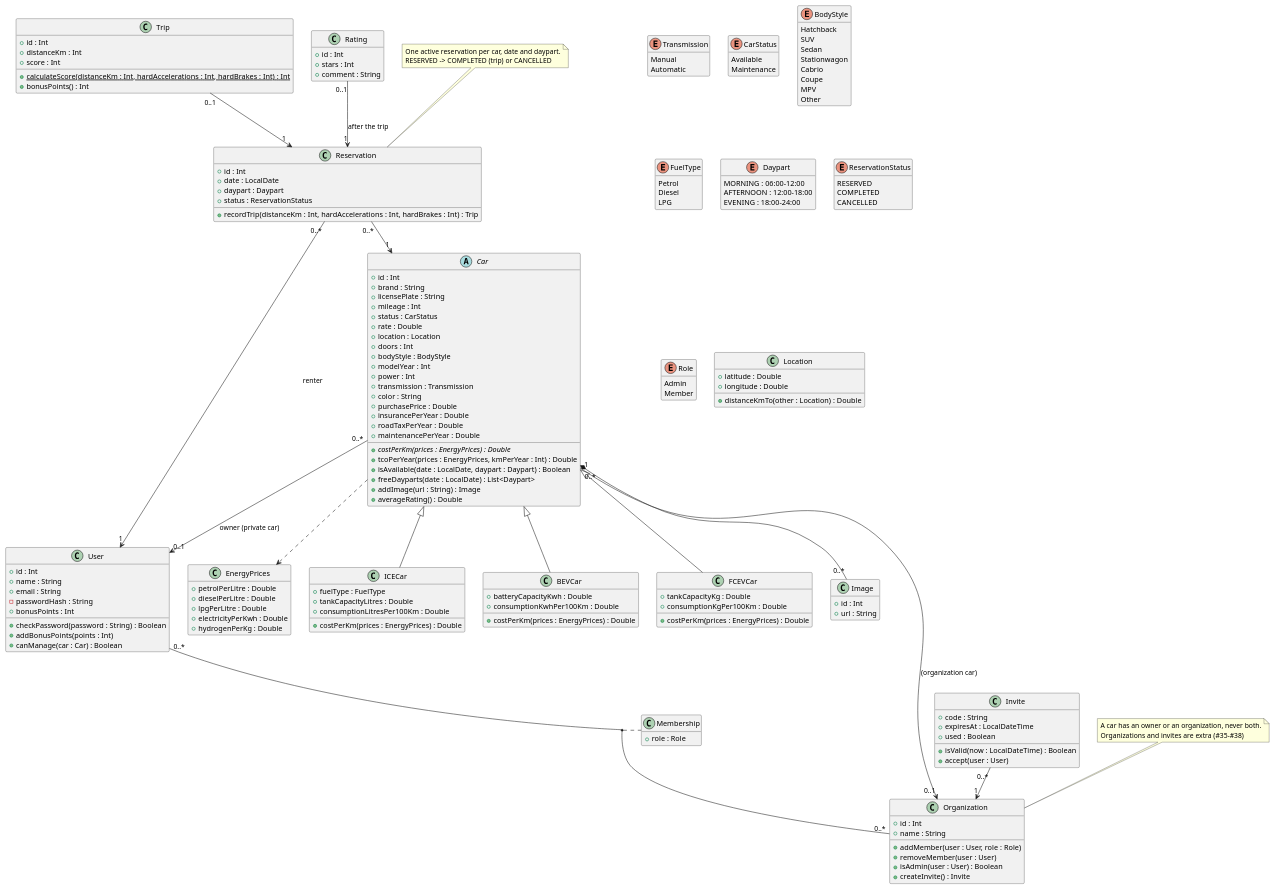
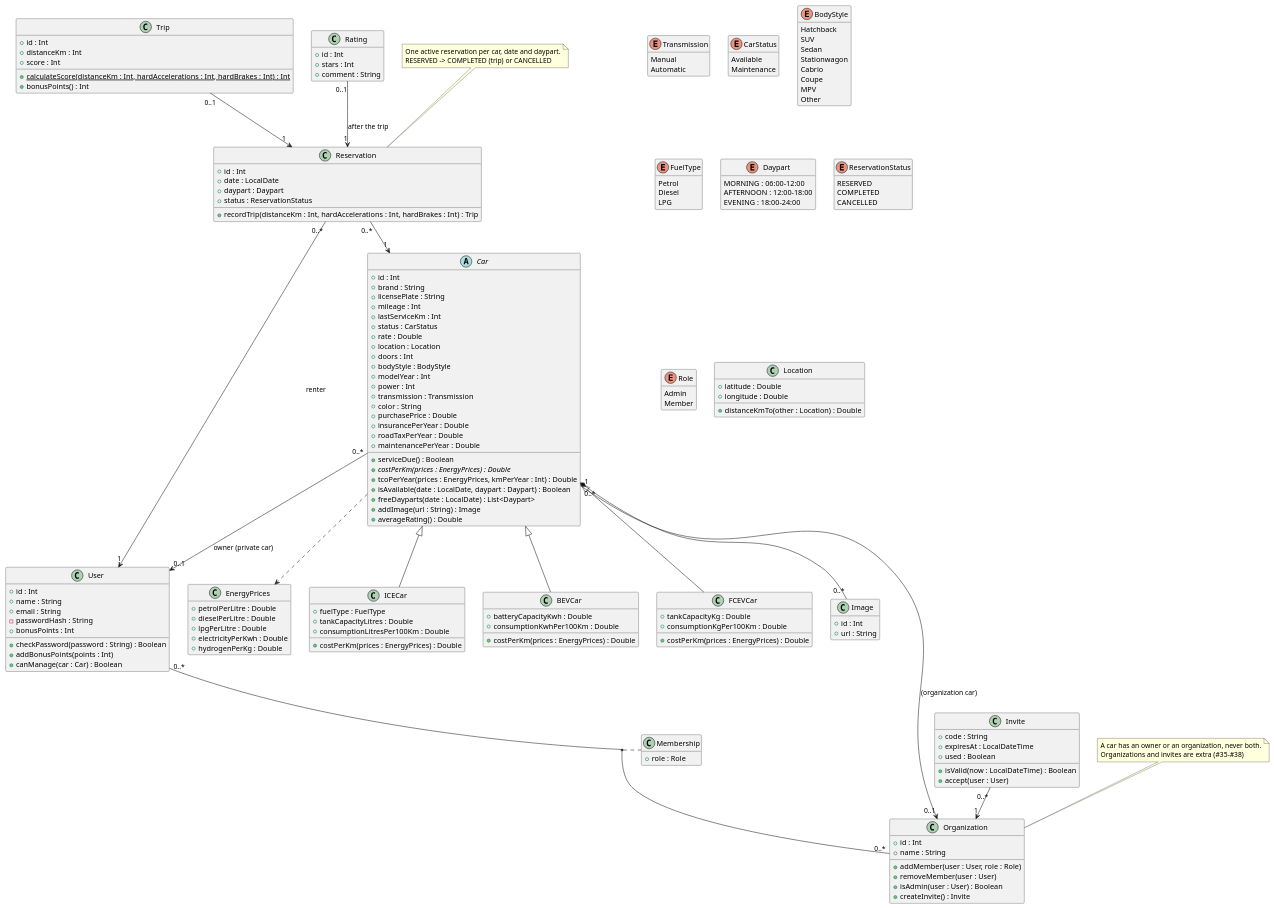
One commit to Rent-a-car-38291/rent-a-car changed the diagram in docs/diagrams/domain-model.puml. Above: the diagram before and after it, drawn with PlantUML. The commit also changed 21 other files, not shown here.

First line of the commit message:
feat: track the last service of a car and when it is due (#124)

```diff
--- a/docs/diagrams/domain-model.puml
+++ b/docs/diagrams/domain-model.puml
@@ -1,190 +1,192 @@
 @startuml
 ' Analysis view: the domain as agreed in the backlog, including parts that aren't built yet.
 ' For what the code looks like today, see the class-*.puml diagrams.
 hide empty members
 
 enum Transmission {
   Manual
   Automatic
 }
 
 ' Rented is gone: whether a car is rented depends on the daypart (#16).
 enum CarStatus {
   Available
   Maintenance
 }
 
 enum BodyStyle {
   Hatchback
   SUV
   Sedan
   Stationwagon
   Cabrio
   Coupe
   MPV
   Other
 }
 
 enum FuelType {
   Petrol
   Diesel
   LPG
 }
 
 enum Daypart {
   MORNING : 06:00-12:00
   AFTERNOON : 12:00-18:00
   EVENING : 18:00-24:00
 }
 
 enum ReservationStatus {
   RESERVED
   COMPLETED
   CANCELLED
 }
 
 enum Role {
   Admin
   Member
 }
 
 class Location {
   + latitude : Double
   + longitude : Double
   + distanceKmTo(other : Location) : Double
 }
 
 class EnergyPrices {
   + petrolPerLitre : Double
   + dieselPerLitre : Double
   + lpgPerLitre : Double
   + electricityPerKwh : Double
   + hydrogenPerKg : Double
 }
 
 class User {
   + id : Int
   + name : String
   + email : String
   - passwordHash : String
   + bonusPoints : Int
   + checkPassword(password : String) : Boolean
   + addBonusPoints(points : Int)
   + canManage(car : Car) : Boolean
 }
 
 abstract class Car {
   + id : Int
   + brand : String
   + licensePlate : String
   + mileage : Int
+  + lastServiceKm : Int
+  + serviceDue() : Boolean
   + status : CarStatus
   + rate : Double
   + location : Location
   + doors : Int
   + bodyStyle : BodyStyle
   + modelYear : Int
   + power : Int
   + transmission : Transmission
   + color : String
   + purchasePrice : Double
   + insurancePerYear : Double
   + roadTaxPerYear : Double
   + maintenancePerYear : Double
   + {abstract} costPerKm(prices : EnergyPrices) : Double
   + tcoPerYear(prices : EnergyPrices, kmPerYear : Int) : Double
   + isAvailable(date : LocalDate, daypart : Daypart) : Boolean
   + freeDayparts(date : LocalDate) : List<Daypart>
   + addImage(url : String) : Image
   + averageRating() : Double
 }
 
 class ICECar {
   + fuelType : FuelType
   + tankCapacityLitres : Double
   + consumptionLitresPer100Km : Double
   + costPerKm(prices : EnergyPrices) : Double
 }
 
 class BEVCar {
   + batteryCapacityKwh : Double
   + consumptionKwhPer100Km : Double
   + costPerKm(prices : EnergyPrices) : Double
 }
 
 class FCEVCar {
   + tankCapacityKg : Double
   + consumptionKgPer100Km : Double
   + costPerKm(prices : EnergyPrices) : Double
 }
 
 class Image {
   + id : Int
   + url : String
 }
 
 class Reservation {
   + id : Int
   + date : LocalDate
   + daypart : Daypart
   + status : ReservationStatus
   + recordTrip(distanceKm : Int, hardAccelerations : Int, hardBrakes : Int) : Trip
 }
 
 class Trip {
   + id : Int
   + distanceKm : Int
   + score : Int
   + {static} calculateScore(distanceKm : Int, hardAccelerations : Int, hardBrakes : Int) : Int
   + bonusPoints() : Int
 }
 
 class Rating {
   + id : Int
   + stars : Int
   + comment : String
 }
 
 class Organization {
   + id : Int
   + name : String
   + addMember(user : User, role : Role)
   + removeMember(user : User)
   + isAdmin(user : User) : Boolean
   + createInvite() : Invite
 }
 
 class Membership {
   + role : Role
 }
 
 class Invite {
   + code : String
   + expiresAt : LocalDateTime
   + used : Boolean
   + isValid(now : LocalDateTime) : Boolean
   + accept(user : User)
 }
 
 Car <|-- ICECar
 Car <|-- BEVCar
 Car <|-- FCEVCar
 
 Car "0..*" --> "0..1" User : owner (private car)
 Car "0..*" --> "0..1" Organization : (organization car)
 Car "1" *-- "0..*" Image
 Car ..> EnergyPrices
 Reservation "0..*" --> "1" Car
 Reservation "0..*" --> "1" User : renter
 Trip "0..1" --> "1" Reservation
 Rating "0..1" --> "1" Reservation : after the trip
 User "0..*" -- "0..*" Organization
 (User, Organization) .. Membership
 Invite "0..*" --> "1" Organization
 
 note "One active reservation per car, date and daypart.\nRESERVED -> COMPLETED (trip) or CANCELLED" as N1
 N1 .. Reservation
 note "A car has an owner or an organization, never both.\nOrganizations and invites are extra (#35–#38)" as N2
 N2 .. Organization
 
 @enduml
```
